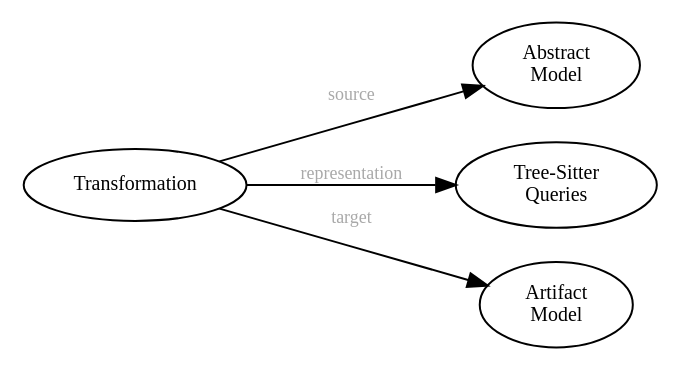
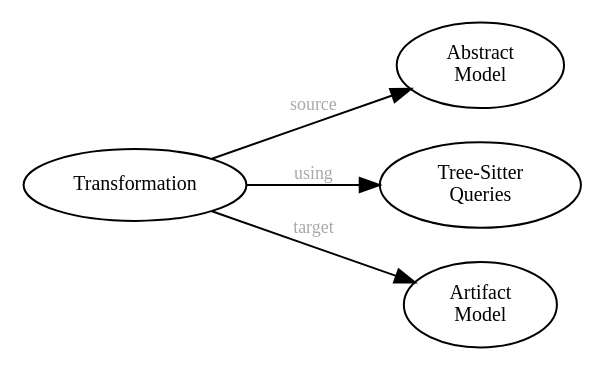
One commit to sdm-lang/tree-sitter-sdml changed the second of 2 diagrams in docs/sdml.org. Above: the diagram before and after it, drawn with Graphviz. The commit also changed other lines of this file and 5 other files, not shown here.

```diff
--- a/docs/sdml.org
+++ b/docs/sdml.org
@@ -34,21 +38,21 @@
 #+BEGIN_SRC dot :file sdml-transforms.png :exports results
 digraph G {
   rankdir="LR";
   node [fontsize=10];
   edge [fontsize=9; fontcolor=darkgrey];
 
   abstract [shape=ellipse; label="Abstract\nModel"];
 
   transform [shape=ellipse; label="Transformation"];
 
   transform -> abstract [label="source"];
 
   tsq [shape=ellipse; label="Tree-Sitter\nQueries"];
 
-  transform -> tsq [label="representation"];
+  transform -> tsq [label="using"];
 
   other [shape=ellipse; label="Artifact\nModel"];
 
   transform -> other [label="target"];
 }
 #+END_SRC
```
